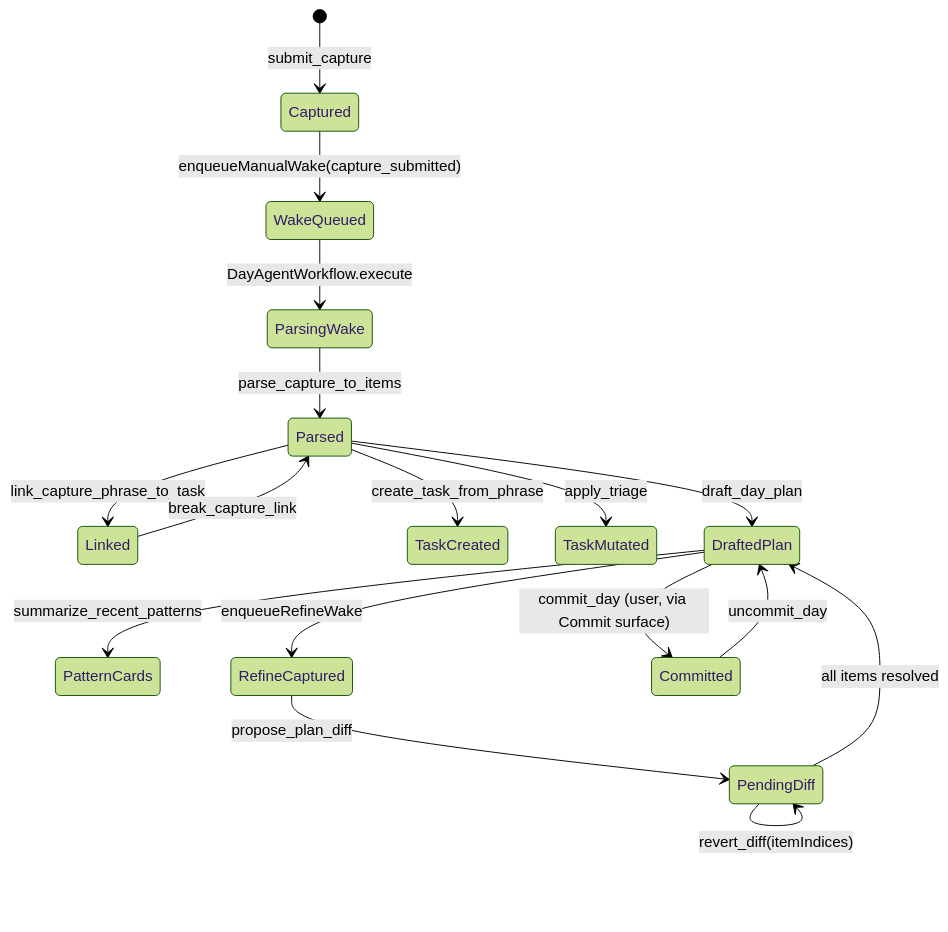
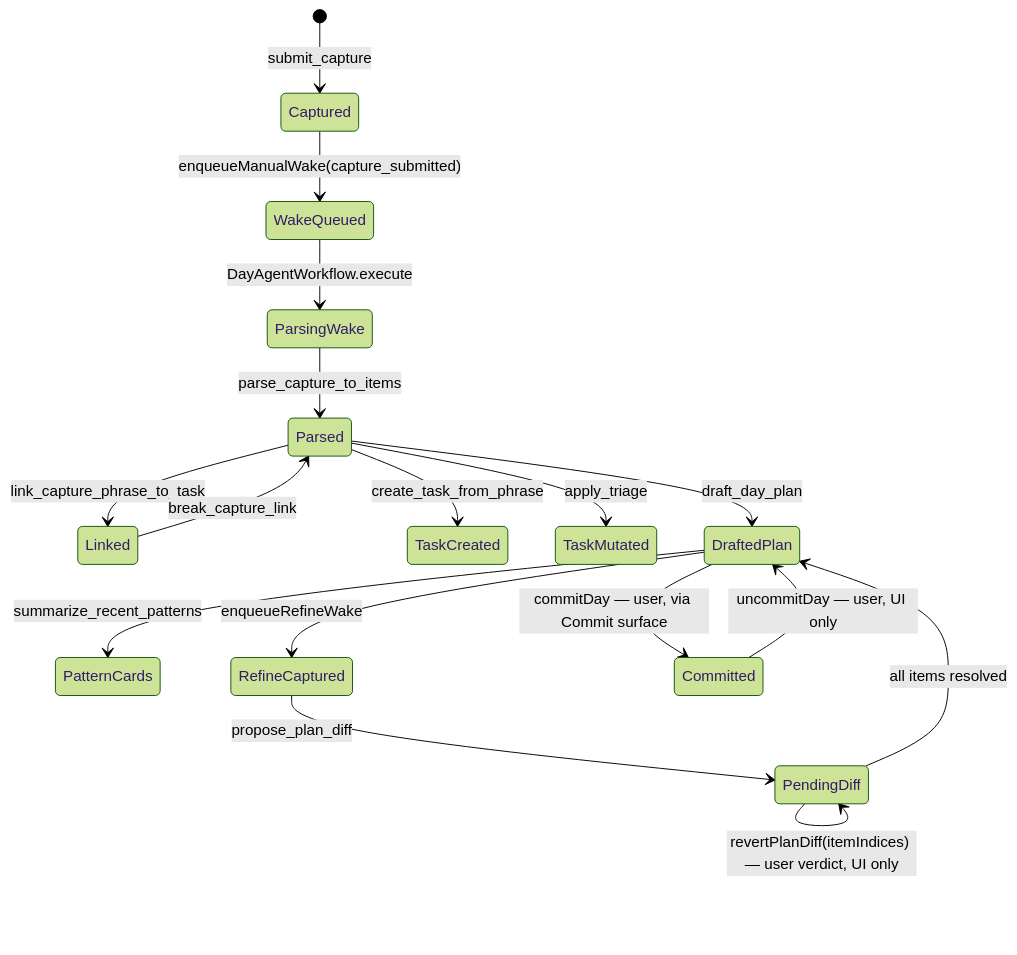
The fourth of 5 diagrams in lib/features/daily_os_next/README.md (matthiasn/lotti), drawn with Mermaid (forest theme) before and after one commit. The commit also changed other lines of this file and 20 other files, not shown here.

````diff
--- a/lib/features/daily_os_next/README.md
+++ b/lib/features/daily_os_next/README.md
@@ -491,20 +498,20 @@
 ```mermaid
 stateDiagram-v2
   [*] --> Captured: submit_capture
   Captured --> WakeQueued: enqueueManualWake(capture_submitted)
   WakeQueued --> ParsingWake: DayAgentWorkflow.execute
   ParsingWake --> Parsed: parse_capture_to_items
   Parsed --> Linked: link_capture_phrase_to_task
   Linked --> Parsed: break_capture_link
   Parsed --> TaskCreated: create_task_from_phrase
   Parsed --> TaskMutated: apply_triage
   Parsed --> DraftedPlan: draft_day_plan
   DraftedPlan --> PatternCards: summarize_recent_patterns
   DraftedPlan --> RefineCaptured: enqueueRefineWake
   RefineCaptured --> PendingDiff: propose_plan_diff
-  PendingDiff --> PendingDiff: accept_diff(itemIndices)
-  PendingDiff --> PendingDiff: revert_diff(itemIndices)
+  PendingDiff --> PendingDiff: acceptPlanDiff(itemIndices) — user verdict, UI only
+  PendingDiff --> PendingDiff: revertPlanDiff(itemIndices) — user verdict, UI only
   PendingDiff --> DraftedPlan: all items resolved
-  DraftedPlan --> Committed: commit_day (user, via Commit surface)
-  Committed --> DraftedPlan: uncommit_day
+  DraftedPlan --> Committed: commitDay — user, via Commit surface
+  Committed --> DraftedPlan: uncommitDay — user, UI only
 ```
````
